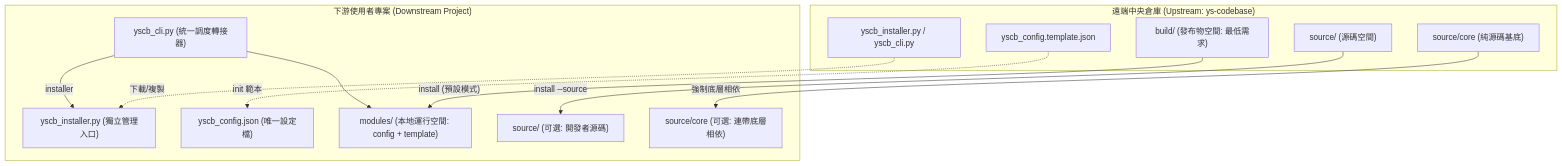
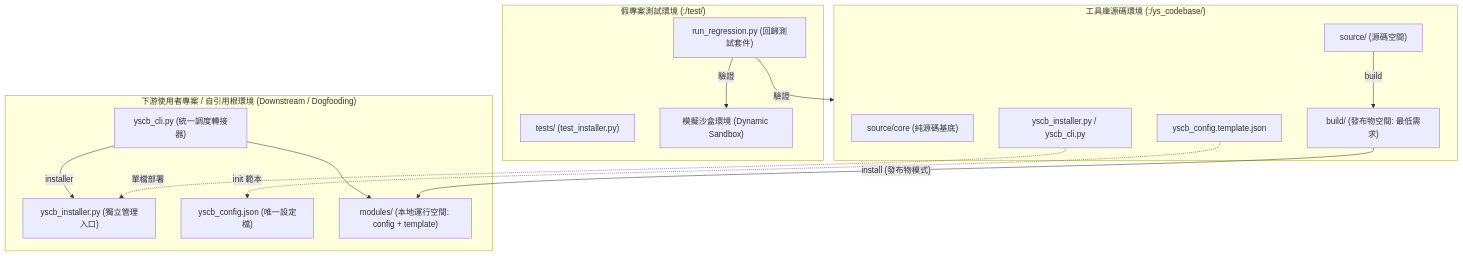
One commit to ysnaive/ys-codebase changed the first of 2 diagrams in docs/_global/ARCHITECTURE.md. Above: the diagram before and after it, drawn with Mermaid. The commit also changed other lines of this file and 116 other files, not shown here.

Commit message:
"refactor(arch): 重組專案為三層架構 (ys_codebase/test/docs) 並完善回歸測試套件

````diff
--- a/docs/_global/ARCHITECTURE.md
+++ b/docs/_global/ARCHITECTURE.md
@@ -40,27 +45,32 @@
 ```mermaid
 graph TD
-    subgraph Upstream["遠端中央倉庫 (Upstream: ys-codebase)"]
+    subgraph ToolDev["工具庫源碼環境 (:/ys_codebase/)"]
         UC["source/core (純源碼基底)"]
         US["source/<module> (源碼空間)"]
         UB["build/<module> (發布物空間: 最低需求)"]
         UI["yscb_installer.py / yscb_cli.py"]
         UT["yscb_config.template.json"]
     end
 
-    subgraph Downstream["下游使用者專案 (Downstream Project)"]
+    subgraph TestEnv["假專案測試環境 (:/test/)"]
+        TR["run_regression.py (回歸測試套件)"]
+        TT["tests/ (test_installer.py)"]
+        TS["模擬沙盒環境 (Dynamic Sandbox)"]
+    end
+
+    subgraph Downstream["下游使用者專案 / 自引用根環境 (Downstream / Dogfooding)"]
         Router["yscb_cli.py (統一調度轉接器)"]
         DI["yscb_installer.py (獨立管理入口)"]
         DC["yscb_config.json (唯一設定檔)"]
         DM["modules/<module> (本地運行空間: config + template)"]
-        DS["source/<module> (可選: 開發者源碼)"]
-        DSC["source/core (可選: 連帶底層相依)"]
     end
 
+    US -->|"build <module>"| UB
+    TR -->|"驗證"| ToolDev
+    TR -->|"驗證"| TS
+    UI -.->|"單檔部署"| DI
+    UT -.->|"init 範本"| DC
+    UB -->|"install (發布物模式)"| DM
     Router -->|"installer <args>"| DI
     Router -->|"<module> <args>"| DM
-    UI -.->|"下載/複製"| DI
-    UT -.->|"init 範本"| DC
-    UB -->|"install (預設模式)"| DM
-    US -->|"install --source"| DS
-    UC -->|"強制底層相依"| DSC
 ```
````
